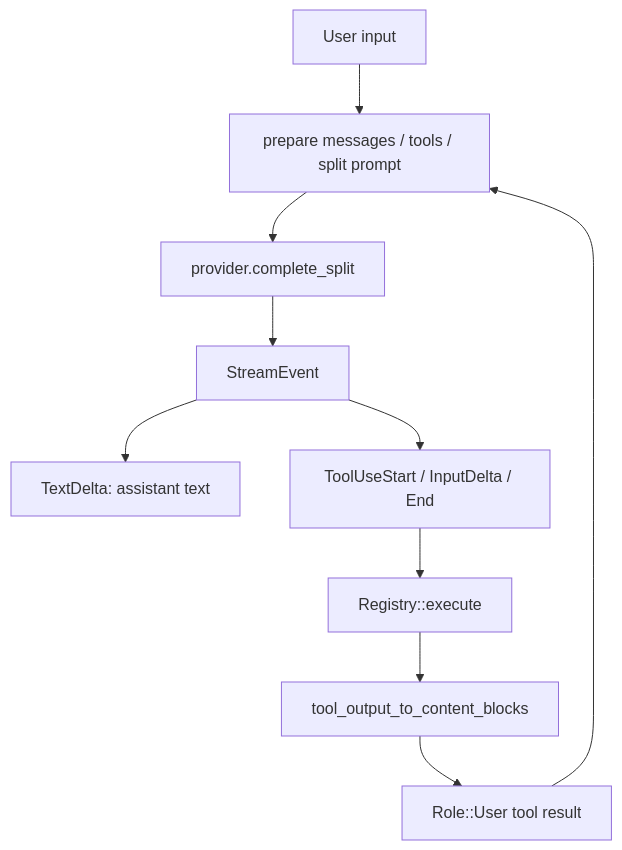
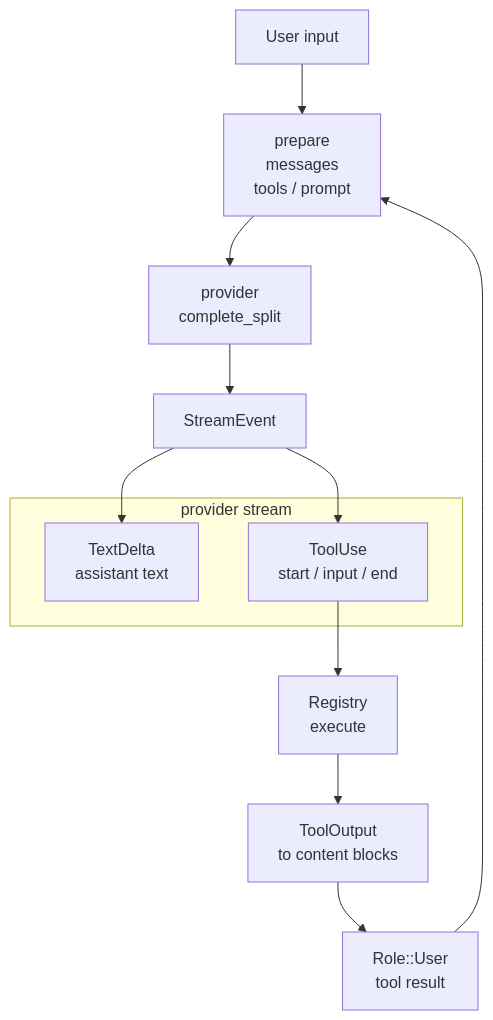
Before and after one commit to Br1an67/learn-jcode: the diagram in docs/en/s03-agent-loop.md, drawn with Mermaid. The commit also changed 23 other files, not shown here.

Commit message:
Improve Mermaid diagram layout

````diff
--- a/docs/en/s03-agent-loop.md
+++ b/docs/en/s03-agent-loop.md
@@ -29,12 +29,18 @@
 ```mermaid
 flowchart TD
-  User["User input"] --> Prep["prepare messages / tools / split prompt"]
-  Prep --> Provider["provider.complete_split"]
+  User["User input"] --> Prep["prepare<br/>messages<br/>tools / prompt"]
+  Prep --> Provider["provider<br/>complete_split"]
   Provider --> Stream["StreamEvent"]
-  Stream --> Text["TextDelta: assistant text"]
-  Stream --> ToolUse["ToolUseStart / InputDelta / End"]
-  ToolUse --> Registry["Registry::execute"]
-  Registry --> Blocks["tool_output_to_content_blocks"]
-  Blocks --> History["Role::User tool result"]
+
+  subgraph Output["provider stream"]
+    Text["TextDelta<br/>assistant text"]
+    ToolUse["ToolUse<br/>start / input / end"]
+  end
+
+  Stream --> Text
+  Stream --> ToolUse
+  ToolUse --> Registry["Registry<br/>execute"]
+  Registry --> Blocks["ToolOutput<br/>to content blocks"]
+  Blocks --> History["Role::User<br/>tool result"]
   History --> Prep
 ```
````
